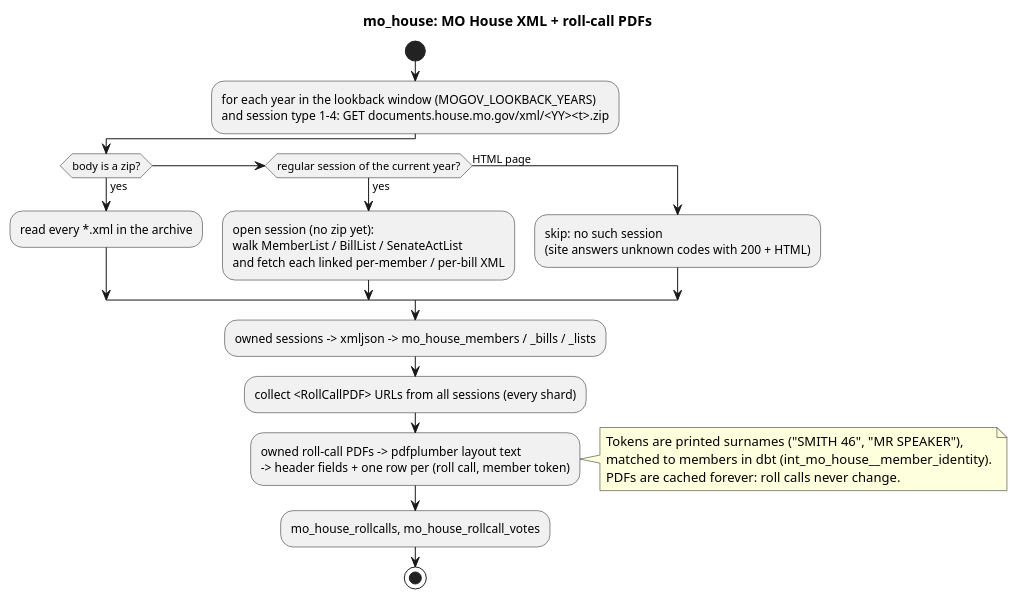
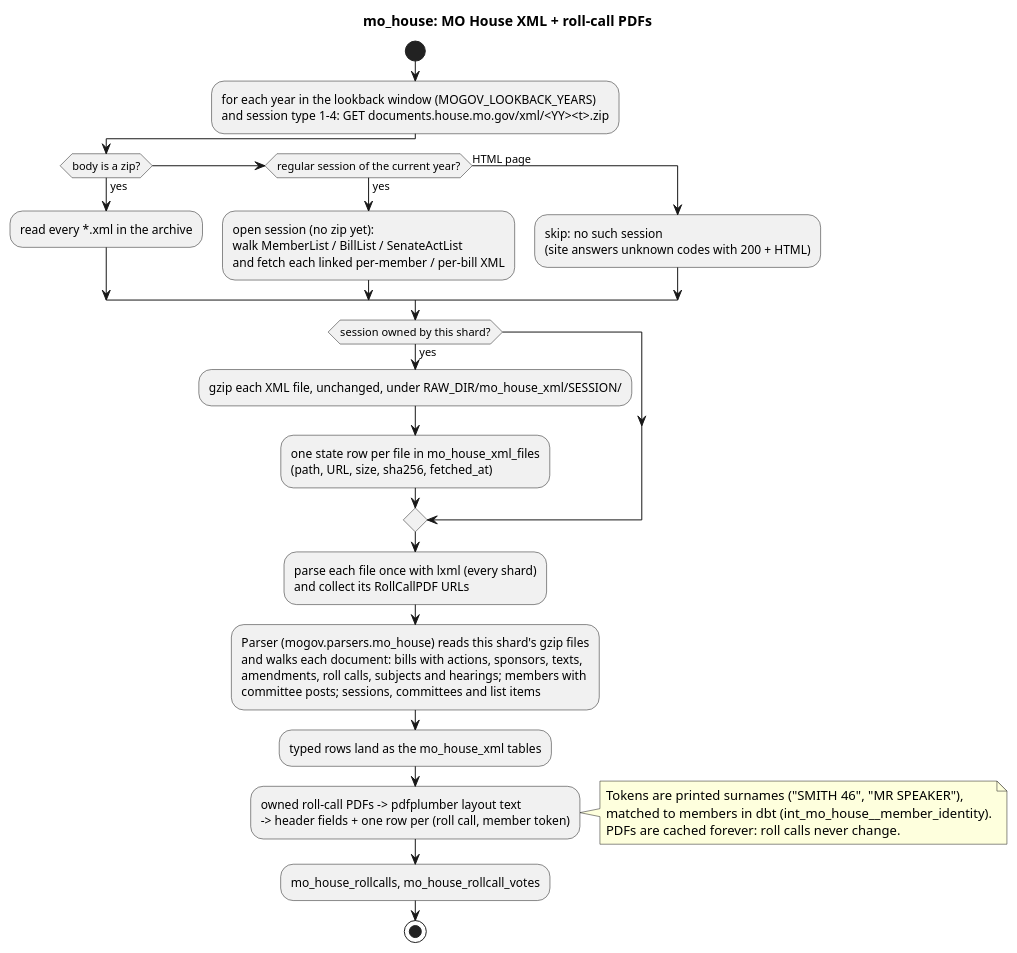
One commit to akettmann/missouri_gov_feed changed the diagram in docs/diagrams/sources/mo_house.puml. Above: the diagram before and after it, drawn with PlantUML. The commit also changed 17 other files, not shown here.

First line of the commit message:
mo_house: staging models read the typed parser tables

```diff
--- a/docs/diagrams/sources/mo_house.puml
+++ b/docs/diagrams/sources/mo_house.puml
@@ -1,27 +1,37 @@
 @startuml mo_house
 title mo_house: MO House XML + roll-call PDFs
 start
 :for each year in the lookback window (MOGOV_LOOKBACK_YEARS)
 and session type 1-4: GET documents.house.mo.gov/xml/<YY><t>.zip;
 if (body is a zip?) then (yes)
   :read every *.xml in the archive;
 elseif (regular session of the current year?) then (yes)
   :open session (no zip yet):
   walk MemberList / BillList / SenateActList
   and fetch each linked per-member / per-bill XML;
 else (HTML page)
   :skip: no such session
   (site answers unknown codes with 200 + HTML);
 endif
-:owned sessions -> xmljson -> mo_house_members / _bills / _lists;
-:collect <RollCallPDF> URLs from all sessions (every shard);
+if (session owned by this shard?) then (yes)
+  :gzip each XML file, unchanged, under RAW_DIR/mo_house_xml/SESSION/;
+  :one state row per file in mo_house_xml_files
+  (path, URL, size, sha256, fetched_at);
+endif
+:parse each file once with lxml (every shard)
+and collect its RollCallPDF URLs;
+:Parser (mogov.parsers.mo_house) reads this shard's gzip files
+and walks each document: bills with actions, sponsors, texts,
+amendments, roll calls, subjects and hearings; members with
+committee posts; sessions, committees and list items;
+:typed rows land as the mo_house_xml tables;
 :owned roll-call PDFs -> pdfplumber layout text
 -> header fields + one row per (roll call, member token);
 note right
   Tokens are printed surnames ("SMITH 46", "MR SPEAKER"),
   matched to members in dbt (int_mo_house__member_identity).
   PDFs are cached forever: roll calls never change.
 end note
 :mo_house_rollcalls, mo_house_rollcall_votes;
 stop
 @enduml
```
